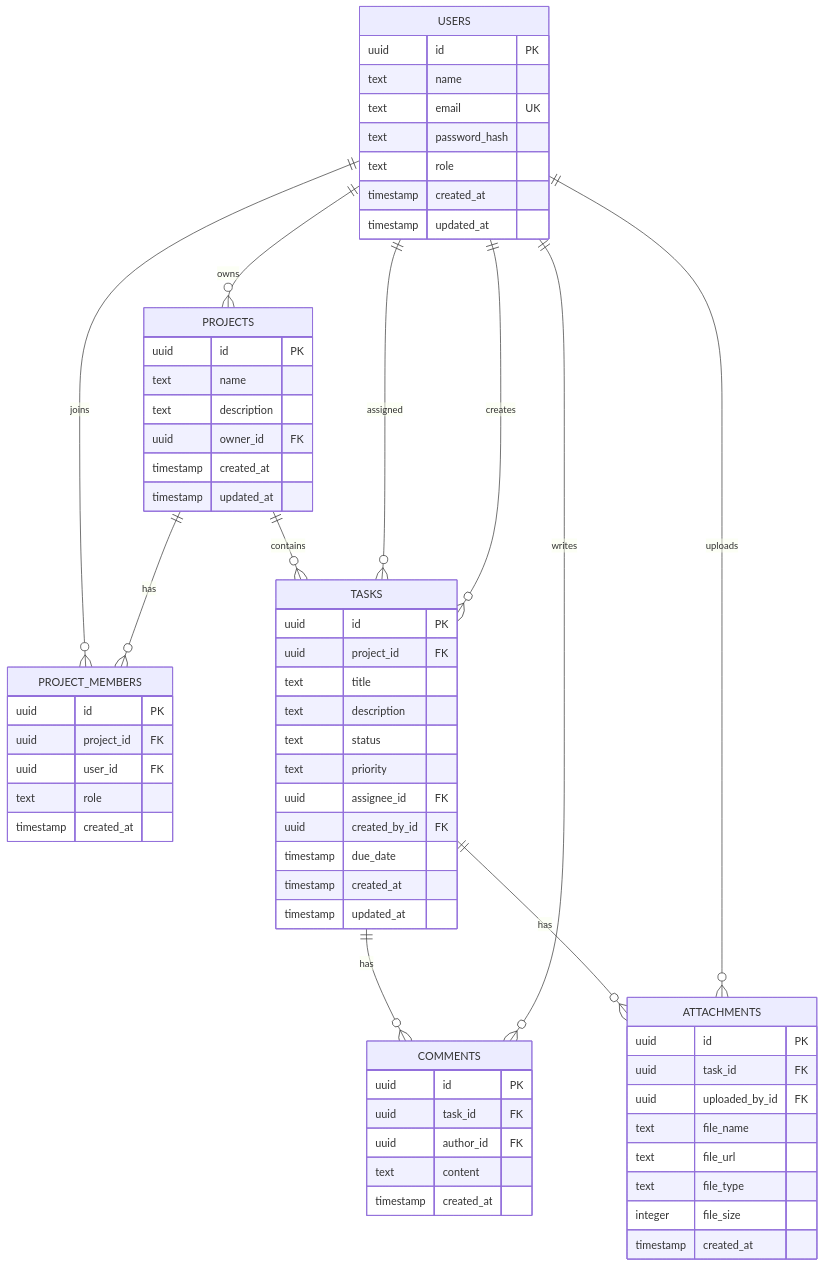
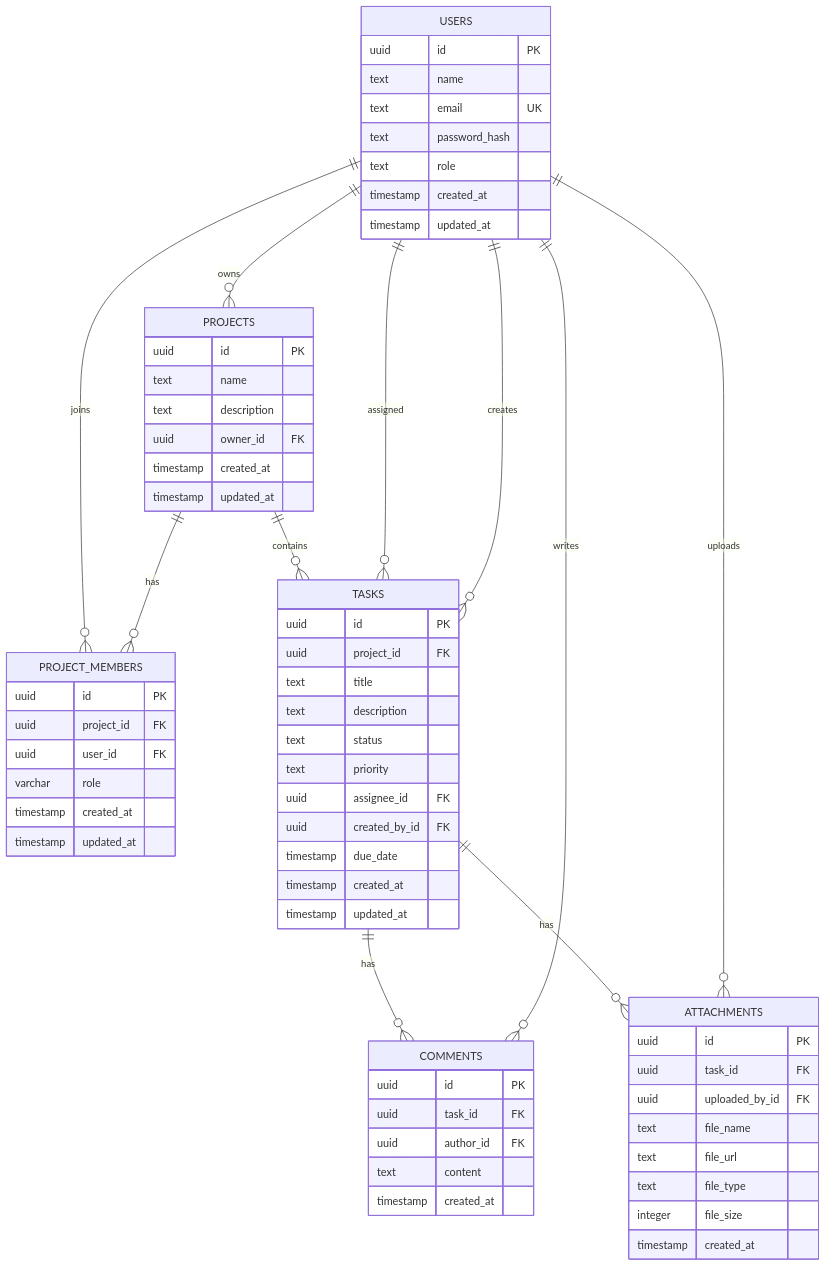
Before and after one commit to seobent/TaskFlow: the diagram in docs/DATABASE.md, drawn with Mermaid. The commit also changed other lines of this file and 9 other files, not shown here.

First line of the commit message:
Refactor: update project member roles and database schema - pr.1

````diff
--- a/docs/DATABASE.md
+++ b/docs/DATABASE.md
@@ -171,73 +175,74 @@
 ```mermaid
 erDiagram
   USERS ||--o{ PROJECTS : owns
   USERS ||--o{ PROJECT_MEMBERS : joins
   PROJECTS ||--o{ PROJECT_MEMBERS : has
   PROJECTS ||--o{ TASKS : contains
   USERS ||--o{ TASKS : assigned
   USERS ||--o{ TASKS : creates
   TASKS ||--o{ COMMENTS : has
   USERS ||--o{ COMMENTS : writes
   TASKS ||--o{ ATTACHMENTS : has
   USERS ||--o{ ATTACHMENTS : uploads
 
   USERS {
     uuid id PK
     text name
     text email UK
     text password_hash
     text role
     timestamp created_at
     timestamp updated_at
   }
 
   PROJECTS {
     uuid id PK
     text name
     text description
     uuid owner_id FK
     timestamp created_at
     timestamp updated_at
   }
 
   PROJECT_MEMBERS {
     uuid id PK
     uuid project_id FK
     uuid user_id FK
-    text role
+    varchar role
     timestamp created_at
+    timestamp updated_at
   }
 
   TASKS {
     uuid id PK
     uuid project_id FK
     text title
     text description
     text status
     text priority
     uuid assignee_id FK
     uuid created_by_id FK
     timestamp due_date
     timestamp created_at
     timestamp updated_at
   }
 
   COMMENTS {
     uuid id PK
     uuid task_id FK
     uuid author_id FK
     text content
     timestamp created_at
   }
 
   ATTACHMENTS {
     uuid id PK
     uuid task_id FK
     uuid uploaded_by_id FK
     text file_name
     text file_url
     text file_type
     integer file_size
     timestamp created_at
   }
 ```
````
